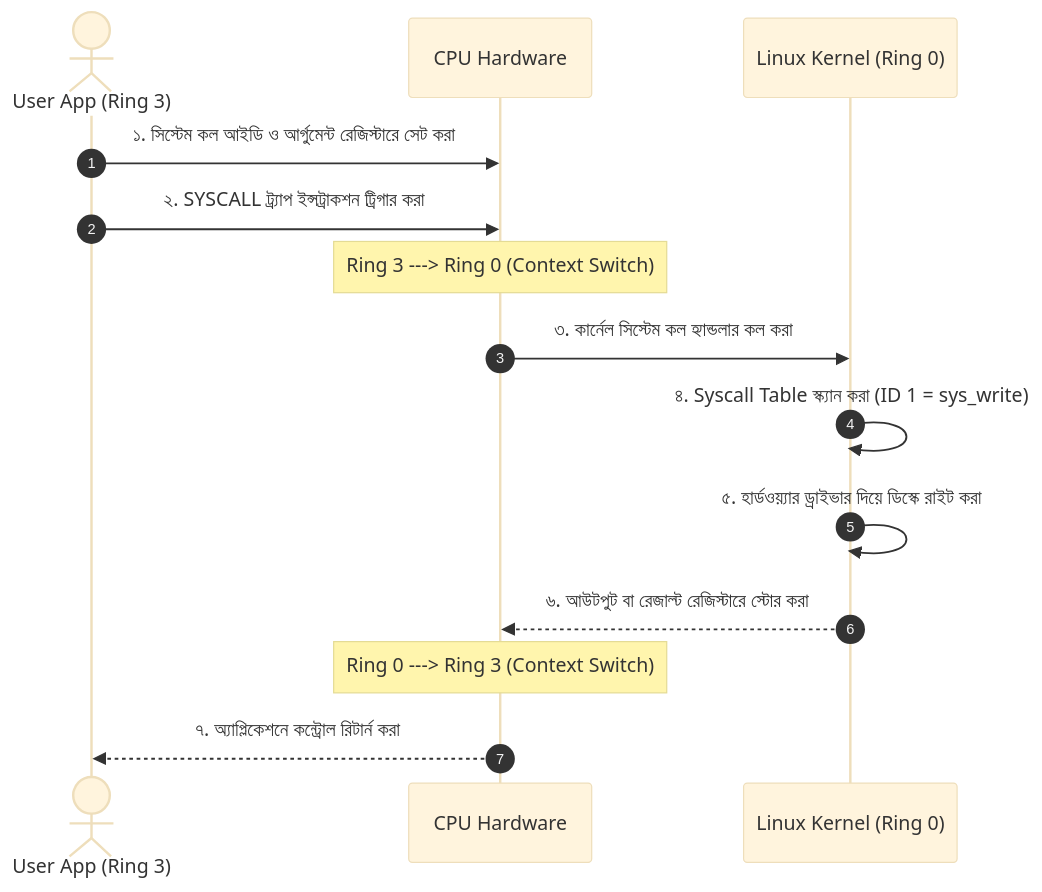
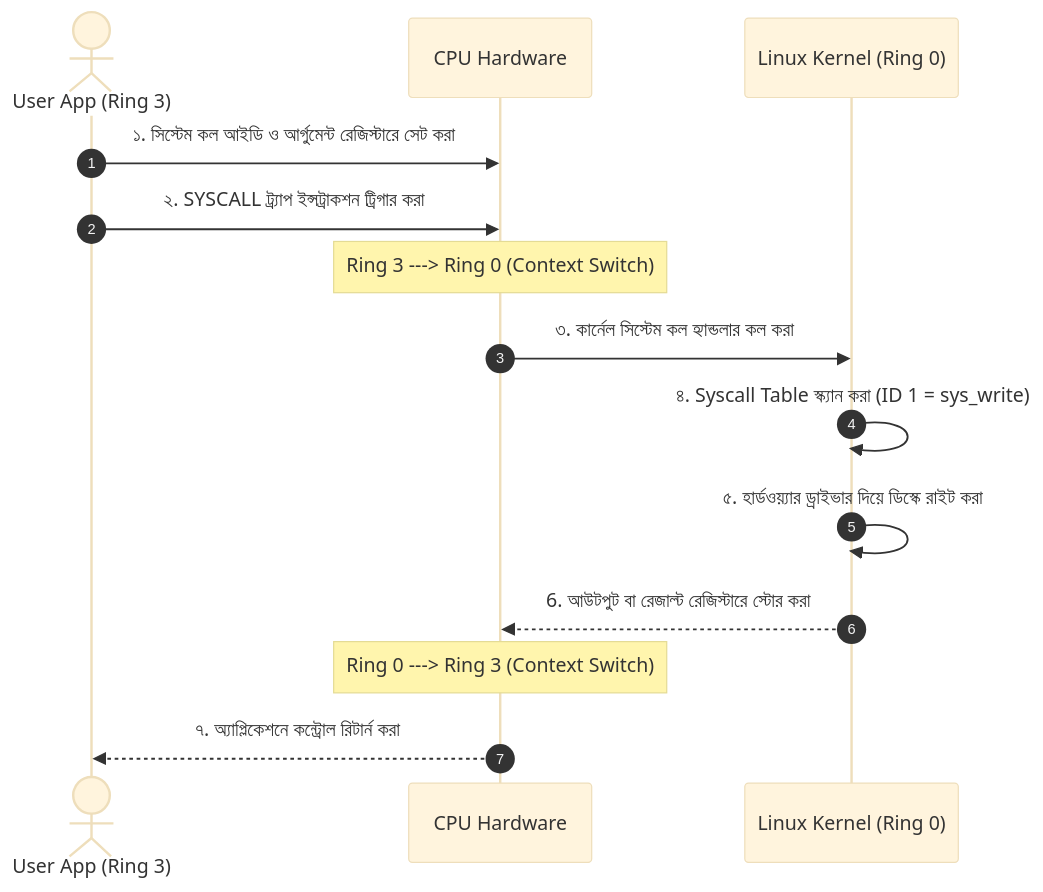
One commit to awoladhossain/awolad-docs changed the second of 7 diagrams in content/linux-kernel.md. Above: the diagram before and after it, drawn with Mermaid (base theme). The commit also changed other lines of this file, not shown here.

````diff
--- a/content/linux-kernel.md
+++ b/content/linux-kernel.md
@@ -73,17 +73,17 @@
 ```mermaid
 sequenceDiagram
     autonumber
     actor App as User App (Ring 3)
     participant CPU as CPU Hardware
     participant Kernel as Linux Kernel (Ring 0)
 
     App->>CPU: ১. সিস্টেম কল আইডি ও আর্গুমেন্ট রেজিস্টারে সেট করা
     App->>CPU: ২. SYSCALL ট্র্যাপ ইন্সট্রাকশন ট্রিগার করা
     Note over CPU: Ring 3 ---> Ring 0 (Context Switch)
     CPU->>Kernel: ৩. কার্নেল সিস্টেম কল হ্যান্ডলার কল করা
     Kernel->>Kernel: ৪. Syscall Table স্ক্যান করা (ID 1 = sys_write)
     Kernel->>Kernel: ৫. হার্ডওয়্যার ড্রাইভার দিয়ে ডিস্কে রাইট করা
-    Kernel-->>CPU: ৬. আউটপুট বা রেজাল্ট রেজিস্টারে স্টোর করা
+    Kernel-->>CPU: 6. আউটপুট বা রেজাল্ট রেজিস্টারে স্টোর করা
     Note over CPU: Ring 0 ---> Ring 3 (Context Switch)
     CPU-->>App: ৭. অ্যাপ্লিকেশনে কন্ট্রোল রিটার্ন করা
 ```
````
